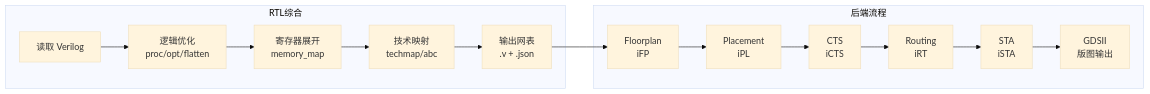
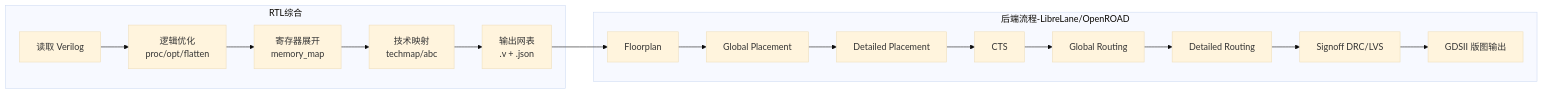
The second of 2 diagrams in README.md (ForBloodB/SiliconTrace), drawn with Mermaid (base theme) before and after one commit. The commit also changed other lines of this file and 7 other files, not shown here.

````diff
--- a/README.md
+++ b/README.md
@@ -54,19 +52,21 @@
 ```mermaid
 graph LR
     subgraph RTL综合
         R1[读取 Verilog] --> R2[逻辑优化<br/>proc/opt/flatten]
         R2 --> R3[寄存器展开<br/>memory_map]
         R3 --> R4[技术映射<br/>techmap/abc]
         R4 --> R5[输出网表<br/>.v + .json]
     end
 
-    subgraph 后端流程
-        P1[Floorplan<br/>iFP] --> P2[Placement<br/>iPL]
-        P2 --> P3[CTS<br/>iCTS]
-        P3 --> P4[Routing<br/>iRT]
-        P4 --> P5[STA<br/>iSTA]
-        P5 --> P6[GDSII<br/>版图输出]
+    subgraph 后端流程-LibreLane/OpenROAD
+        P1[Floorplan] --> P2[Global Placement]
+        P2 --> P3[Detailed Placement]
+        P3 --> P4[CTS]
+        P4 --> P5[Global Routing]
+        P5 --> P6[Detailed Routing]
+        P6 --> P7[Signoff DRC/LVS]
+        P7 --> P8[GDSII 版图输出]
     end
 
     R5 --> P1
 ```
````
